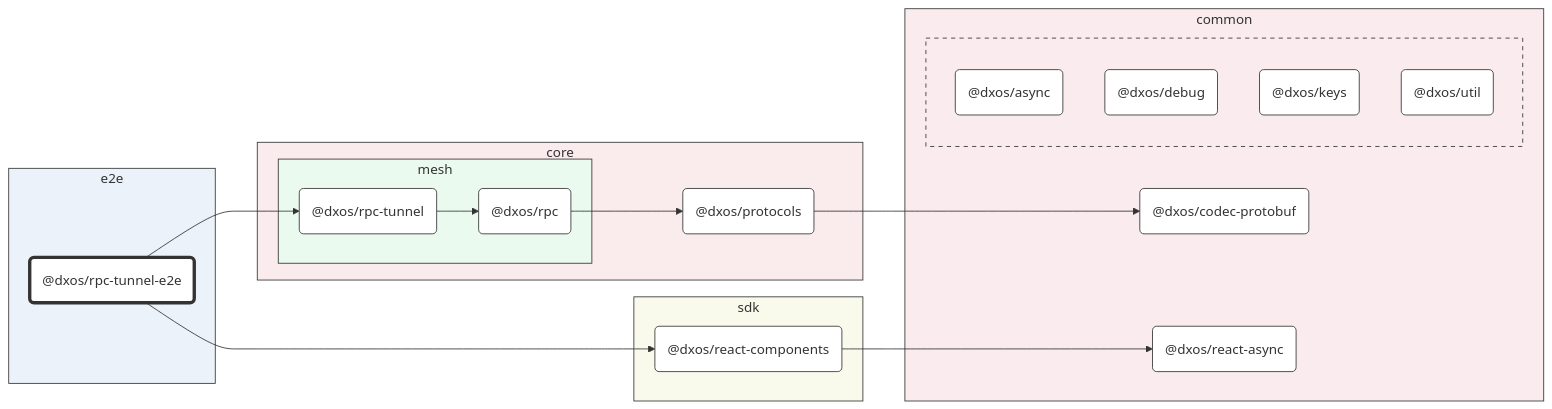
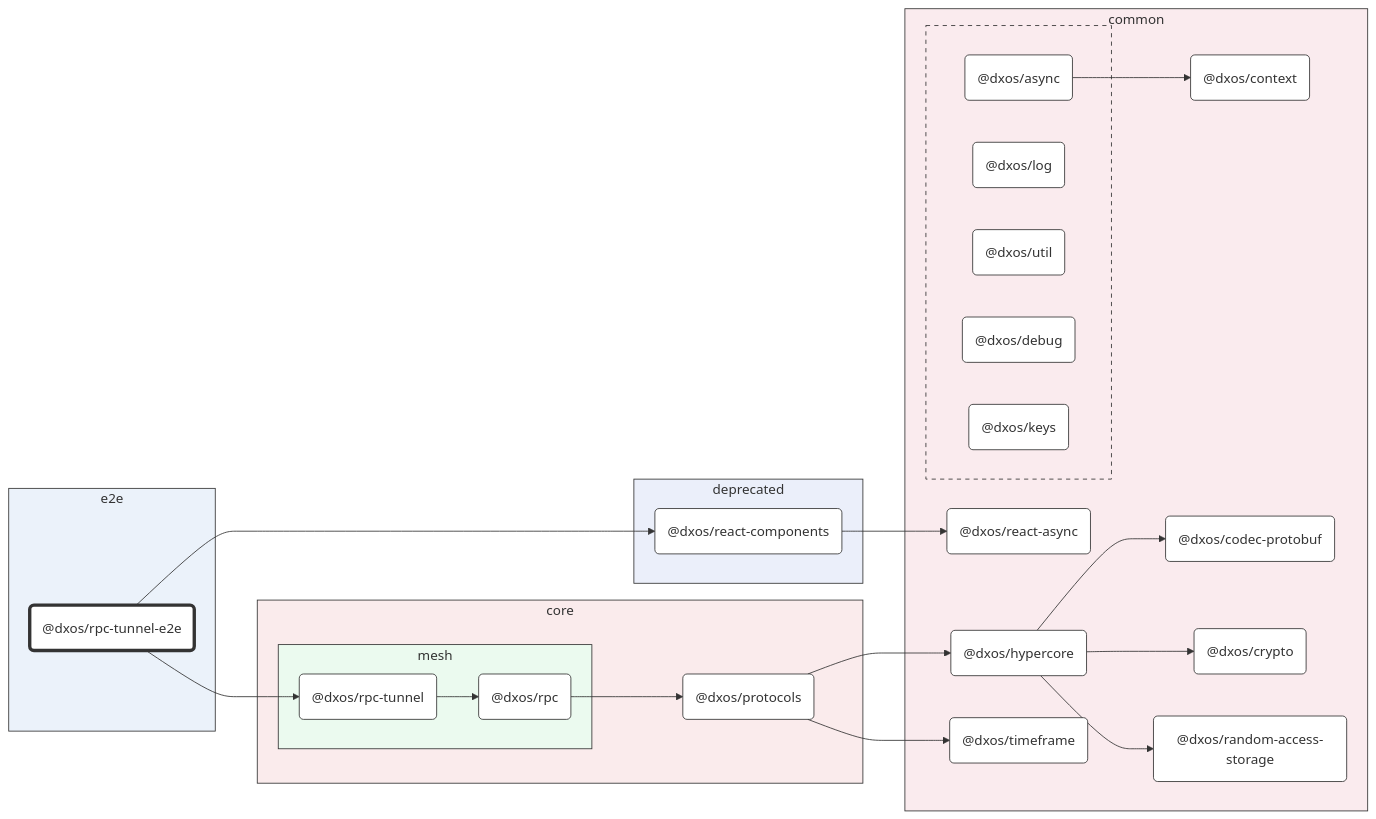
The diagram in packages/e2e/rpc-tunnel-e2e/docs/README.md (dxos/dxos), drawn with Mermaid before and after one commit. The commit also changed other lines of this file and 95 other files, not shown here.

Commit message:
Class diagrams.

```diff
--- a/packages/e2e/rpc-tunnel-e2e/docs/README.md
+++ b/packages/e2e/rpc-tunnel-e2e/docs/README.md
@@ -18,13 +18,23 @@
 subgraph e2e [e2e]
   style e2e fill:#ebf2fa,stroke:#333
   dxos/rpc-tunnel-e2e("@dxos/rpc-tunnel-e2e"):::root
-  click dxos/rpc-tunnel-e2e "dxos/dxos/tree/main/packages/e2e/rpc-tunnel/docs"
+  click dxos/rpc-tunnel-e2e "dxos/dxos/tree/main/packages/e2e/rpc-tunnel-e2e/docs"
 end
 
 subgraph common [common]
   style common fill:#faebee,stroke:#333
+  dxos/context("@dxos/context"):::def
+  click dxos/context "dxos/dxos/tree/main/packages/common/context/docs"
   dxos/codec-protobuf("@dxos/codec-protobuf"):::def
   click dxos/codec-protobuf "dxos/dxos/tree/main/packages/common/codec-protobuf/docs"
+  dxos/hypercore("@dxos/hypercore"):::def
+  click dxos/hypercore "dxos/dxos/tree/main/packages/common/hypercore/docs"
+  dxos/crypto("@dxos/crypto"):::def
+  click dxos/crypto "dxos/dxos/tree/main/packages/common/crypto/docs"
+  dxos/random-access-storage("@dxos/random-access-storage"):::def
+  click dxos/random-access-storage "dxos/dxos/tree/main/packages/common/random-access-storage/docs"
+  dxos/timeframe("@dxos/timeframe"):::def
+  click dxos/timeframe "dxos/dxos/tree/main/packages/common/timeframe/docs"
   dxos/react-async("@dxos/react-async"):::def
   click dxos/react-async "dxos/dxos/tree/main/packages/common/react-async/docs"
 
@@ -32,12 +42,14 @@
     style _ fill:#faebee,stroke:#333,stroke-dasharray:5 5
     dxos/async("@dxos/async"):::def
     click dxos/async "dxos/dxos/tree/main/packages/common/async/docs"
+    dxos/log("@dxos/log"):::def
+    click dxos/log "dxos/dxos/tree/main/packages/common/log/docs"
+    dxos/util("@dxos/util"):::def
+    click dxos/util "dxos/dxos/tree/main/packages/common/util/docs"
     dxos/debug("@dxos/debug"):::def
     click dxos/debug "dxos/dxos/tree/main/packages/common/debug/docs"
     dxos/keys("@dxos/keys"):::def
     click dxos/keys "dxos/dxos/tree/main/packages/common/keys/docs"
-    dxos/util("@dxos/util"):::def
-    click dxos/util "dxos/dxos/tree/main/packages/common/util/docs"
   end
 end
 
@@ -55,15 +67,20 @@
   end
 end
 
-subgraph sdk [sdk]
-  style sdk fill:#f9faeb,stroke:#333
+subgraph deprecated [deprecated]
+  style deprecated fill:#ebeffa,stroke:#333
   dxos/react-components("@dxos/react-components"):::def
-  click dxos/react-components "dxos/dxos/tree/main/packages/sdk/react-components/docs"
+  click dxos/react-components "dxos/dxos/tree/main/packages/deprecated/react-components/docs"
 end
 
 %% Links
 linkStyle default stroke:#333,stroke-width:1px
-dxos/protocols --> dxos/codec-protobuf
+dxos/async --> dxos/context
+dxos/protocols --> dxos/hypercore
+dxos/hypercore --> dxos/codec-protobuf
+dxos/hypercore --> dxos/crypto
+dxos/hypercore --> dxos/random-access-storage
+dxos/protocols --> dxos/timeframe
 dxos/rpc-tunnel-e2e --> dxos/react-components
 dxos/react-components --> dxos/react-async
 dxos/rpc --> dxos/protocols
```
